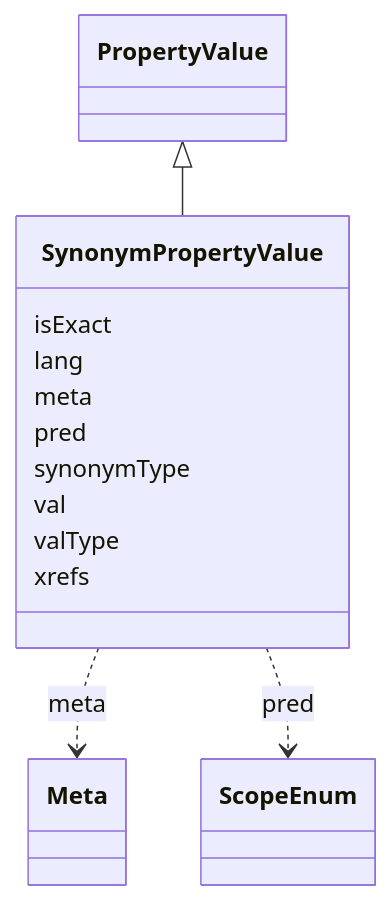
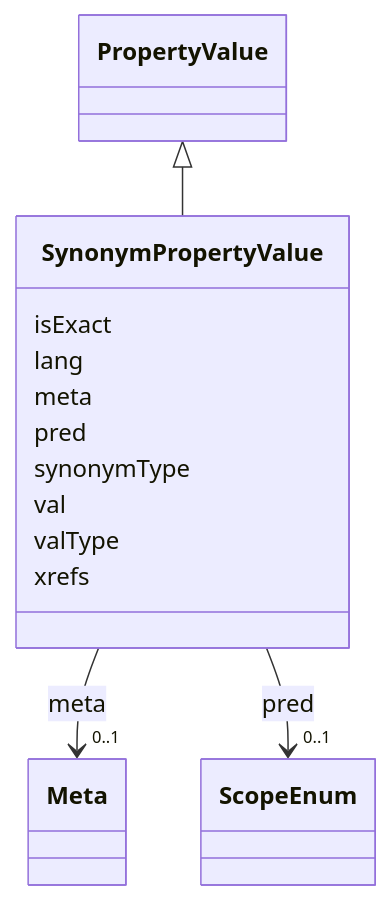
One commit to INCATools/ontology-access-kit changed the diagram in docs/datamodels/obograph/SynonymPropertyValue.md. Above: the diagram before and after it, drawn with Mermaid. The commit also changed other lines of this file and 23 other files, not shown here.

````diff
--- a/docs/datamodels/obograph/SynonymPropertyValue.md
+++ b/docs/datamodels/obograph/SynonymPropertyValue.md
@@ -11,27 +19,39 @@
-```{mermaid}
+```mermaid
  classDiagram
     class SynonymPropertyValue
+    click SynonymPropertyValue href "../SynonymPropertyValue"
       PropertyValue <|-- SynonymPropertyValue
+        click PropertyValue href "../PropertyValue"
       
       SynonymPropertyValue : isExact
         
       SynonymPropertyValue : lang
         
       SynonymPropertyValue : meta
         
-          SynonymPropertyValue ..> Meta : meta
+          
+    
+    
+    SynonymPropertyValue --> "0..1" Meta : meta
+    click Meta href "../Meta"
+
         
       SynonymPropertyValue : pred
         
-          SynonymPropertyValue ..> ScopeEnum : pred
+          
+    
+    
+    SynonymPropertyValue --> "0..1" ScopeEnum : pred
+    click ScopeEnum href "../ScopeEnum"
+
         
       SynonymPropertyValue : synonymType
         
       SynonymPropertyValue : val
         
       SynonymPropertyValue : valType
         
       SynonymPropertyValue : xrefs
         
       
 ```
````
